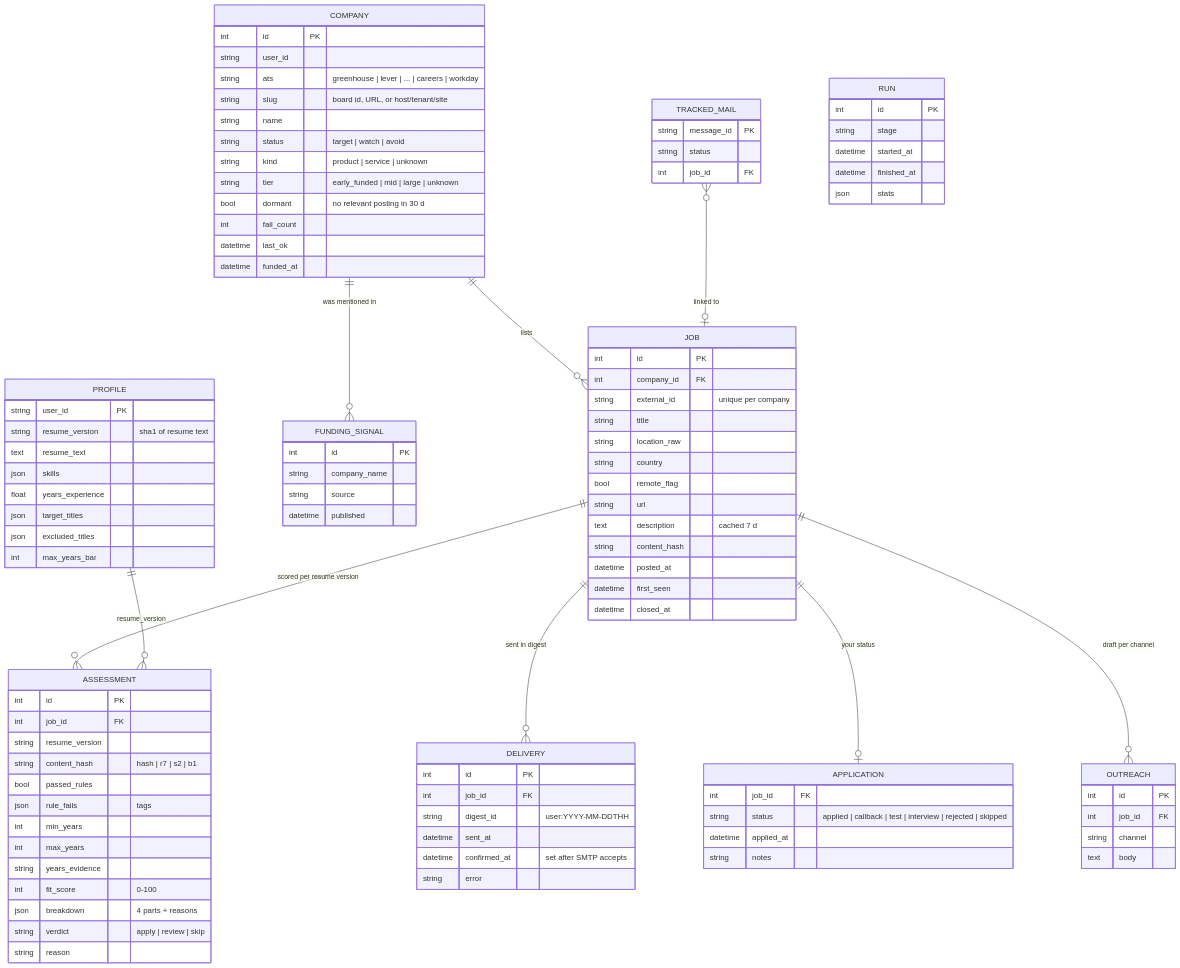
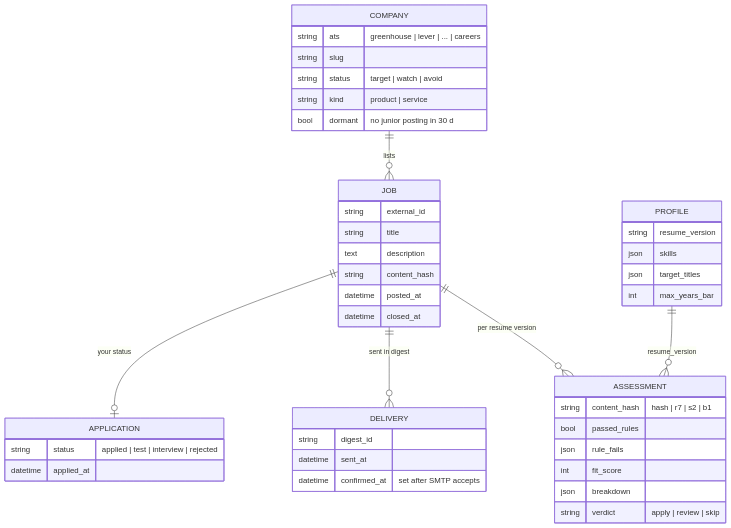
The third of 3 diagrams in README.md (Poojitha319/hungry_hunt), drawn with Mermaid before and after one commit. The commit also changed other lines of this file and 2 other files, not shown here.

````diff
--- a/README.md
+++ b/README.md
@@ -248,105 +117,47 @@
 ```mermaid
 erDiagram
     COMPANY ||--o{ JOB : lists
-    COMPANY ||--o{ FUNDING_SIGNAL : "was mentioned in"
-    JOB ||--o{ ASSESSMENT : "scored per resume version"
+    JOB ||--o{ ASSESSMENT : "per resume version"
     JOB ||--o{ DELIVERY : "sent in digest"
     JOB ||--o| APPLICATION : "your status"
-    JOB ||--o{ OUTREACH : "draft per channel"
     PROFILE ||--o{ ASSESSMENT : "resume_version"
-    TRACKED_MAIL }o--o| JOB : "linked to"
-    RUN
 
     COMPANY {
-        int id PK
-        string user_id
-        string ats "greenhouse | lever | ... | careers | workday"
-        string slug "board id, URL, or host/tenant/site"
-        string name
+        string ats "greenhouse | lever | ... | careers"
+        string slug
         string status "target | watch | avoid"
-        string kind "product | service | unknown"
-        string tier "early_funded | mid | large | unknown"
-        bool dormant "no relevant posting in 30 d"
-        int fail_count
-        datetime last_ok
-        datetime funded_at
+        string kind "product | service"
+        bool dormant "no junior posting in 30 d"
     }
     JOB {
-        int id PK
-        int company_id FK
-        string external_id "unique per company"
+        string external_id
         string title
-        string location_raw
-        string country
-        bool remote_flag
-        string url
-        text description "cached 7 d"
+        text description
         string content_hash
         datetime posted_at
-        datetime first_seen
         datetime closed_at
     }
     ASSESSMENT {
-        int id PK
-        int job_id FK
-        string resume_version
         string content_hash "hash | r7 | s2 | b1"
         bool passed_rules
-        json rule_fails "tags"
-        int min_years
-        int max_years
-        string years_evidence
-        int fit_score "0-100"
-        json breakdown "4 parts + reasons"
+        json rule_fails
+        int fit_score
+        json breakdown
         string verdict "apply | review | skip"
-        string reason
     }
     DELIVERY {
-        int id PK
-        int job_id FK
-        string digest_id "user:YYYY-MM-DDTHH"
+        string digest_id
         datetime sent_at
         datetime confirmed_at "set after SMTP accepts"
-        string error
     }
     APPLICATION {
-        int job_id FK
-        string status "applied | callback | test | interview | rejected | skipped"
+        string status "applied | test | interview | rejected"
         datetime applied_at
-        string notes
     }
     PROFILE {
-        string user_id PK
-        string resume_version "sha1 of resume text"
-        text resume_text
+        string resume_version
         json skills
-        float years_experience
         json target_titles
-        json excluded_titles
         int max_years_bar
     }
-    RUN {
-        int id PK
-        string stage
-        datetime started_at
-        datetime finished_at
-        json stats
-    }
-    TRACKED_MAIL {
-        string message_id PK
-        string status
-        int job_id FK
-    }
-    FUNDING_SIGNAL {
-        int id PK
-        string company_name
-        string source
-        datetime published
-    }
-    OUTREACH {
-        int id PK
-        int job_id FK
-        string channel
-        text body
-    }
 ```
````
